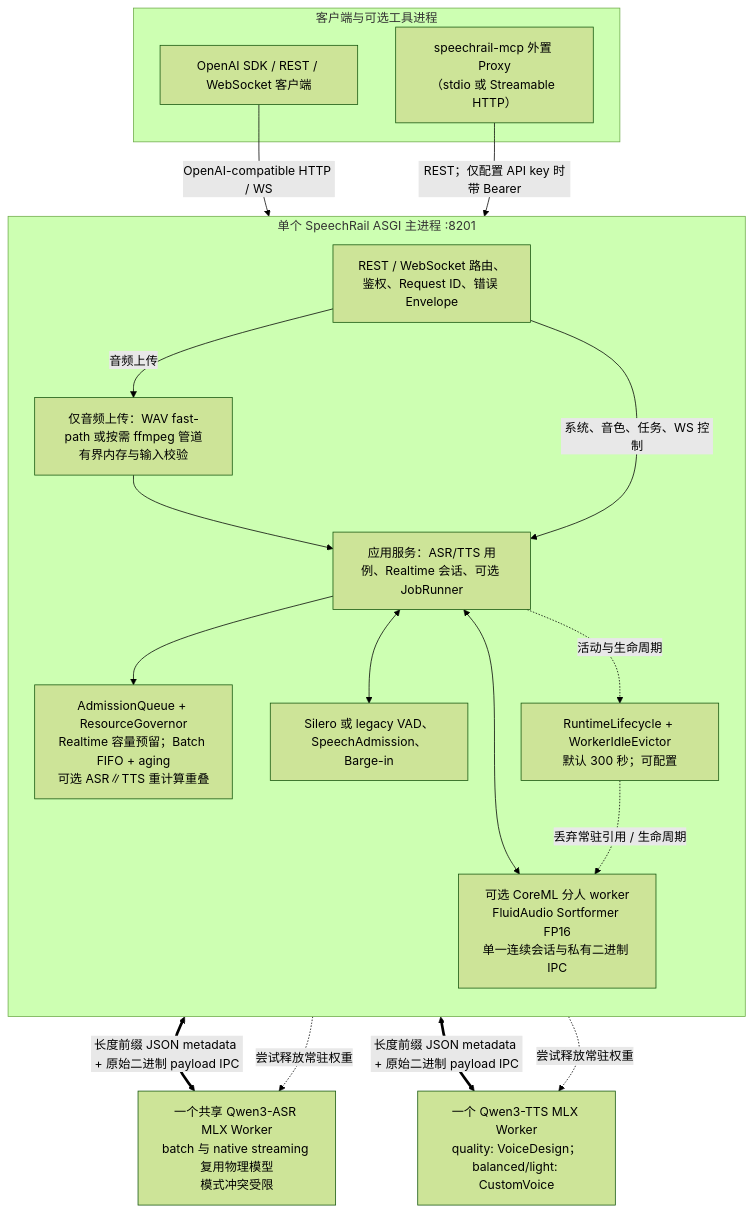
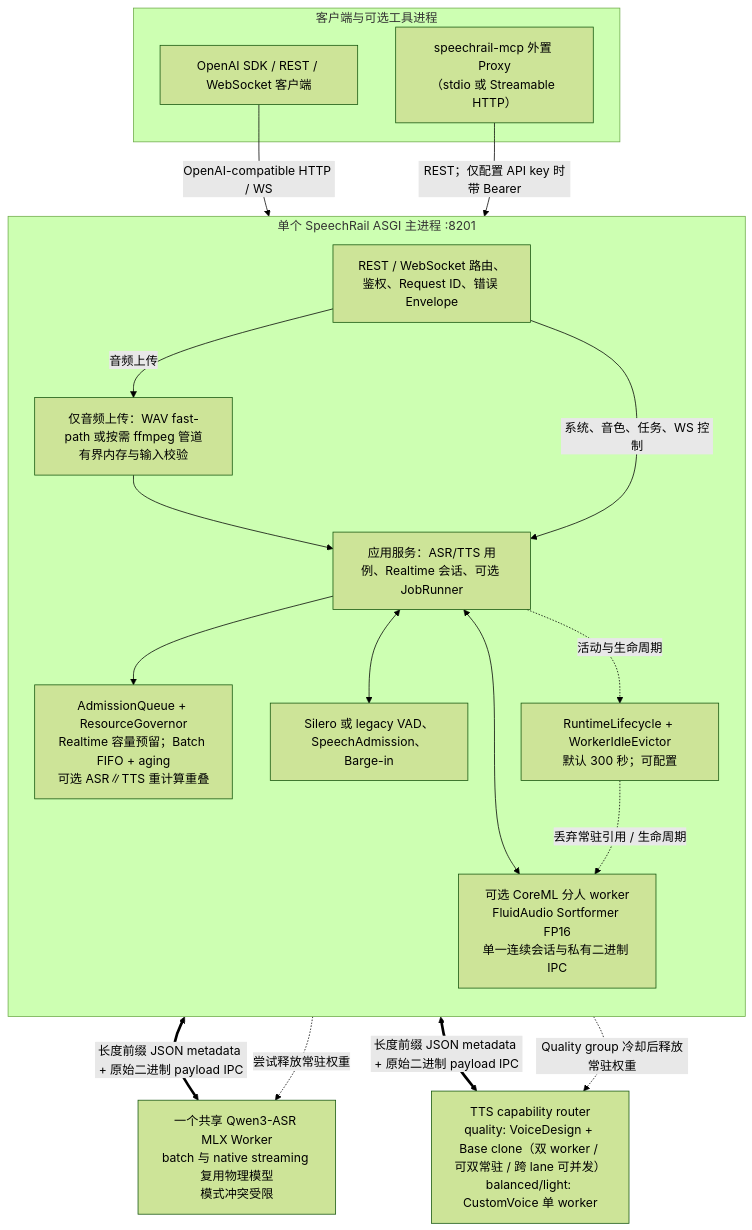
The first of 2 diagrams in docs/architecture/architecture.md (hrygo/SpeechRail), drawn with Mermaid (forest theme) before and after one commit. The commit also changed other lines of this file and 83 other files, not shown here.

First line of the commit message:
feat(tts): separate quality voice design and base cloning

````diff
--- a/docs/architecture/architecture.md
+++ b/docs/architecture/architecture.md
@@ -15,36 +15,36 @@
 ```mermaid
 flowchart TD
     subgraph Clients["客户端与可选工具进程"]
         SDK["OpenAI SDK / REST / WebSocket 客户端"]
         MCP["speechrail-mcp 外置 Proxy<br/>（stdio 或 Streamable HTTP）"]
     end
 
     subgraph Host["单个 SpeechRail ASGI 主进程 :8201"]
         direction TB
         Ingress["REST / WebSocket 路由、鉴权、Request ID、错误 Envelope"]
         Decode["仅音频上传：WAV fast-path 或按需 ffmpeg 管道<br/>有界内存与输入校验"]
         App["应用服务：ASR/TTS 用例、Realtime 会话、可选 JobRunner"]
         Admit["AdmissionQueue + ResourceGovernor<br/>Realtime 容量预留；Batch FIFO + aging<br/>可选 ASR∥TTS 重计算重叠"]
         VAD["Silero 或 legacy VAD、SpeechAdmission、Barge-in"]
         Diar["可选 CoreML 分人 worker<br/>FluidAudio Sortformer FP16<br/>单一连续会话与私有二进制 IPC"]
         Life["RuntimeLifecycle + WorkerIdleEvictor<br/>默认 300 秒；可配置"]
 
         Ingress -->|音频上传| Decode --> App
         Ingress -->|系统、音色、任务、WS 控制| App
         App --> Admit
         App <--> VAD
         App <--> Diar
         App -. 活动与生命周期 .-> Life
     end
 
     ASR["一个共享 Qwen3-ASR MLX Worker<br/>batch 与 native streaming 复用物理模型<br/>模式冲突受限"]
-    TTS["一个 Qwen3-TTS MLX Worker<br/>quality: VoiceDesign；balanced/light: CustomVoice"]
+    TTS["TTS capability router<br/>quality: VoiceDesign + Base clone（双 worker / 可双常驻 / 跨 lane 可并发）<br/>balanced/light: CustomVoice 单 worker"]
 
     SDK -->|OpenAI-compatible HTTP / WS| Ingress
     MCP -->|REST；仅配置 API key 时带 Bearer| Ingress
     App <==>|"长度前缀 JSON metadata + 原始二进制 payload IPC"| ASR
     App <==>|"长度前缀 JSON metadata + 原始二进制 payload IPC"| TTS
     Life -. 尝试释放常驻权重 .-> ASR
-    Life -. 尝试释放常驻权重 .-> TTS
+    Life -. Quality group 冷却后释放常驻权重 .-> TTS
     Life -. 丢弃常驻引用 / 生命周期 .-> Diar
 ```
````
